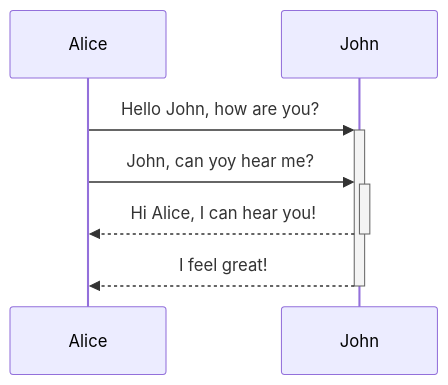
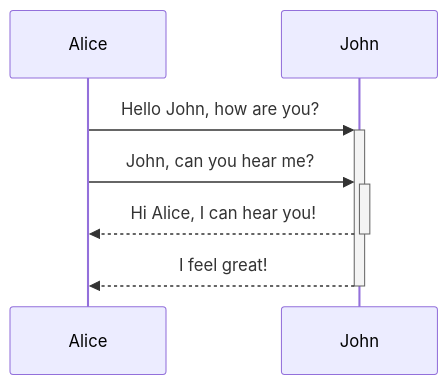
Before and after one commit to aazminu/mermaid: the fourth of 8 diagrams in docs/content/sequenceDiagram.md, drawn with Mermaid. The commit also changed other lines of this file, not shown here.

Commit message:
Fix spelling of 'you'

````diff
--- a/docs/content/sequenceDiagram.md
+++ b/docs/content/sequenceDiagram.md
@@ -113,7 +113,7 @@
 ```mermaid
 sequenceDiagram
     Alice->>+John: Hello John, how are you?
-    Alice->>+John: John, can yoy hear me?
+    Alice->>+John: John, can you hear me?
     John-->>-Alice: Hi Alice, I can hear you!
     John-->>-Alice: I feel great!
 ```
````
